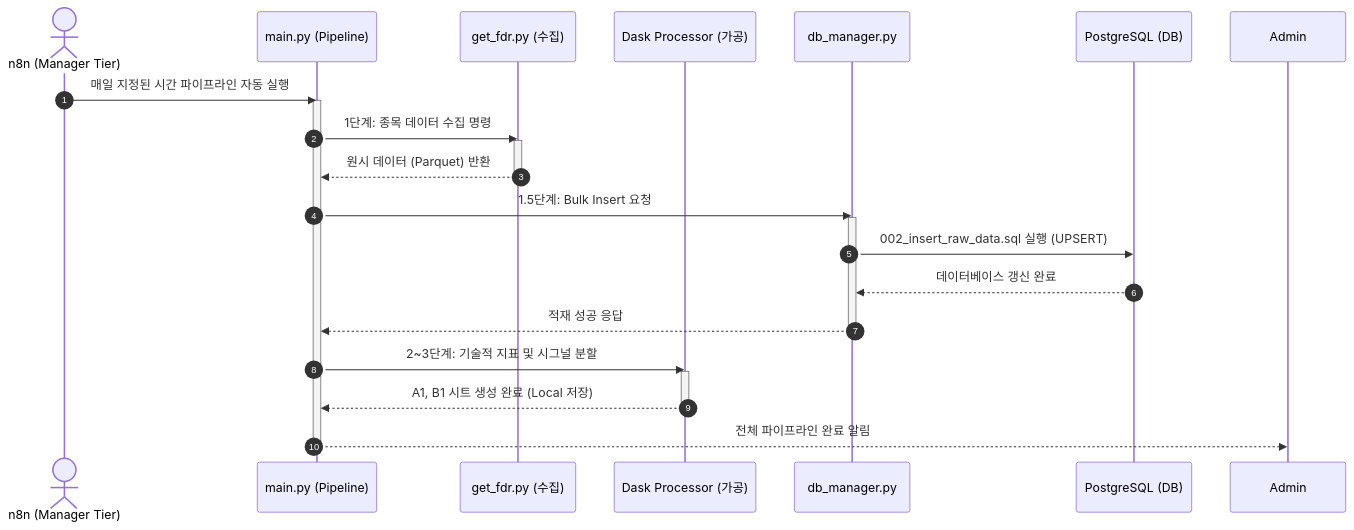
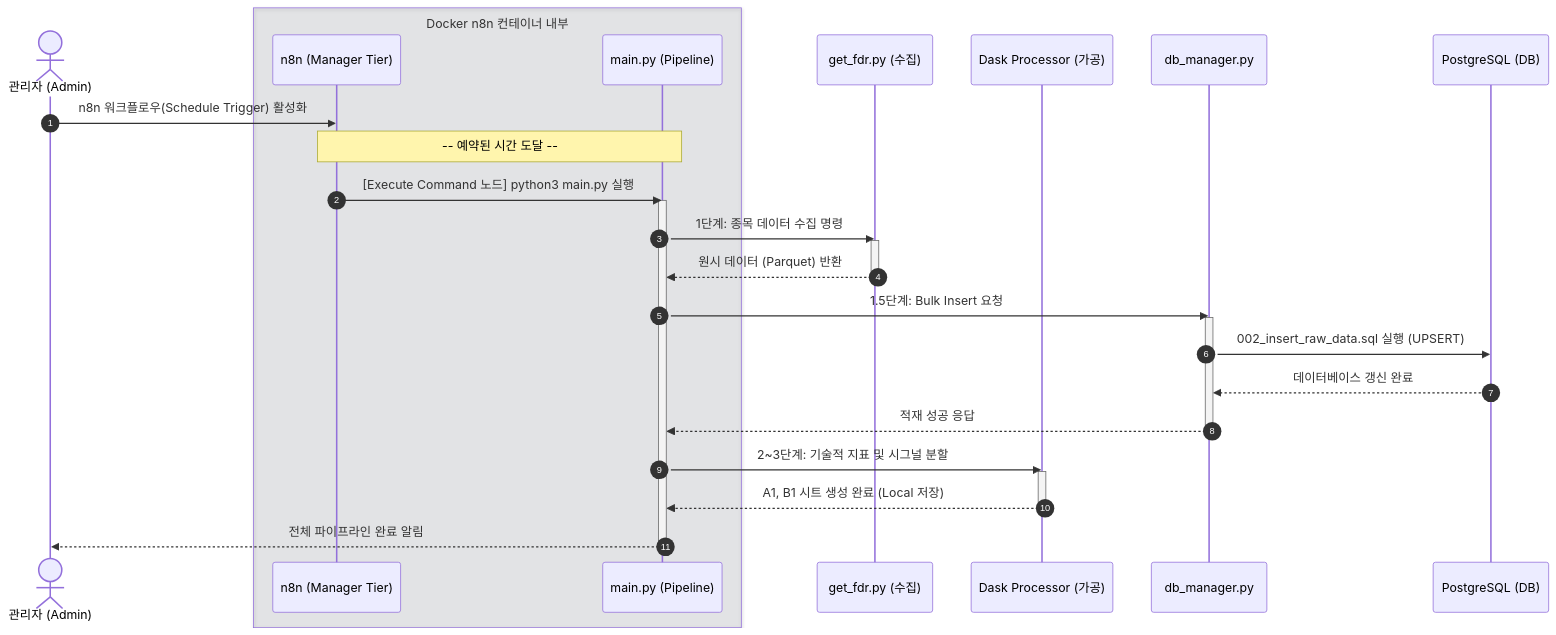
One commit to hugingstar/ggeolmu changed the third of 3 diagrams in README.md. Above: the diagram before and after it, drawn with Mermaid. The commit also changed other lines of this file and 2 other files, not shown here.

Commit message:
docs: Enhance Mermaid diagrams to clarify n8n workflow and scheduler mechanism

````diff
--- a/README.md
+++ b/README.md
@@ -108,32 +109,37 @@
 ```mermaid
 sequenceDiagram
     autonumber
-    actor N8N as n8n (Manager Tier)
+    actor Admin as 관리자 (Admin)
+    box rgba(30, 41, 59, 0.1) Docker n8n 컨테이너 내부
+    participant N8N as n8n (Manager Tier)
     participant Main as main.py (Pipeline)
+    end
     participant FDR as get_fdr.py (수집)
     participant Dask as Dask Processor (가공)
     participant DBManager as db_manager.py
     participant DB as PostgreSQL (DB)
 
-    N8N->>Main: 매일 지정된 시간 파이프라인 자동 실행
+    Admin->>N8N: n8n 워크플로우(Schedule Trigger) 활성화
+    Note over N8N, Main: -- 예약된 시간 도달 --
+    N8N->>Main: [Execute Command 노드] python3 main.py 실행
     activate Main
     Main->>FDR: 1단계: 종목 데이터 수집 명령
     activate FDR
     FDR-->>Main: 원시 데이터 (Parquet) 반환
     deactivate FDR
 
     Main->>DBManager: 1.5단계: Bulk Insert 요청
     activate DBManager
     DBManager->>DB: 002_insert_raw_data.sql 실행 (UPSERT)
     DB-->>DBManager: 데이터베이스 갱신 완료
     DBManager-->>Main: 적재 성공 응답
     deactivate DBManager
 
     Main->>Dask: 2~3단계: 기술적 지표 및 시그널 분할
     activate Dask
     Dask-->>Main: A1, B1 시트 생성 완료 (Local 저장)
     deactivate Dask
 
     Main-->>Admin: 전체 파이프라인 완료 알림
     deactivate Main
 ```
````
